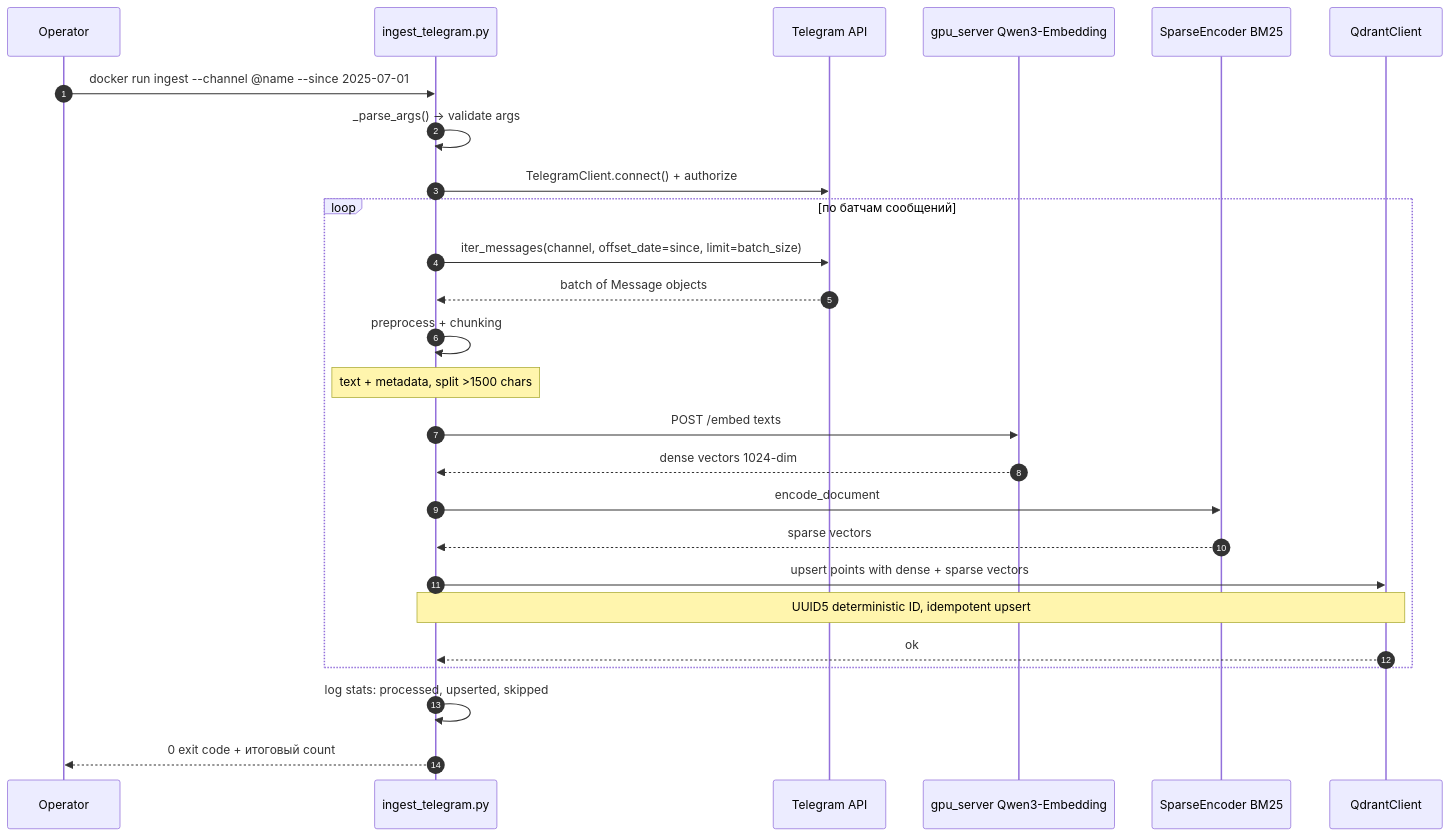
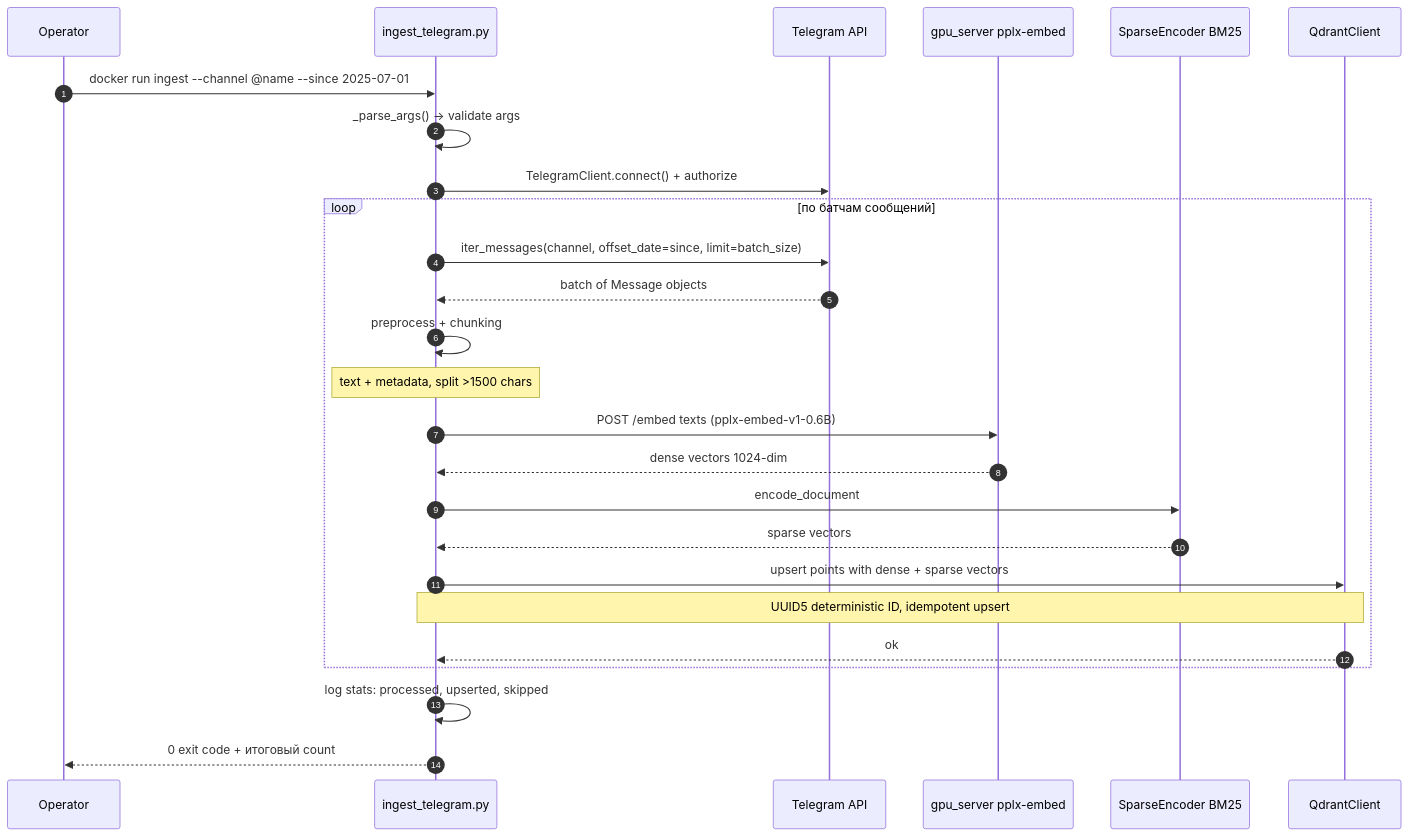
One commit to ezsx/rag_app changed the diagram in docs/architecture/05-flows/FLOW-01-ingest.md. Above: the diagram before and after it, drawn with Mermaid. The commit also changed other lines of this file and 55 other files, not shown here.

````diff
--- a/docs/architecture/05-flows/FLOW-01-ingest.md
+++ b/docs/architecture/05-flows/FLOW-01-ingest.md
@@ -22,34 +22,34 @@
 ```mermaid
 sequenceDiagram
   autonumber
   participant Op as Operator
   participant CLI as ingest_telegram.py
   participant TG as Telegram API
-  participant Embed as gpu_server Qwen3-Embedding
+  participant Embed as gpu_server pplx-embed
   participant Sparse as SparseEncoder BM25
   participant Qdrant as QdrantClient
 
   Op->>CLI: docker run ingest --channel @name --since 2025-07-01
   CLI->>CLI: _parse_args() → validate args
   CLI->>TG: TelegramClient.connect() + authorize
 
   loop по батчам сообщений
     CLI->>TG: iter_messages(channel, offset_date=since, limit=batch_size)
     TG-->>CLI: batch of Message objects
     CLI->>CLI: preprocess + chunking
     Note over CLI: text + metadata, split >1500 chars
 
-    CLI->>Embed: POST /embed texts
+    CLI->>Embed: POST /embed texts (pplx-embed-v1-0.6B)
     Embed-->>CLI: dense vectors 1024-dim
 
     CLI->>Sparse: encode_document
     Sparse-->>CLI: sparse vectors
 
     CLI->>Qdrant: upsert points with dense + sparse vectors
     Note over CLI,Qdrant: UUID5 deterministic ID, idempotent upsert
     Qdrant-->>CLI: ok
   end
 
   CLI->>CLI: log stats: processed, upserted, skipped
   CLI-->>Op: 0 exit code + итоговый count
 ```
````
